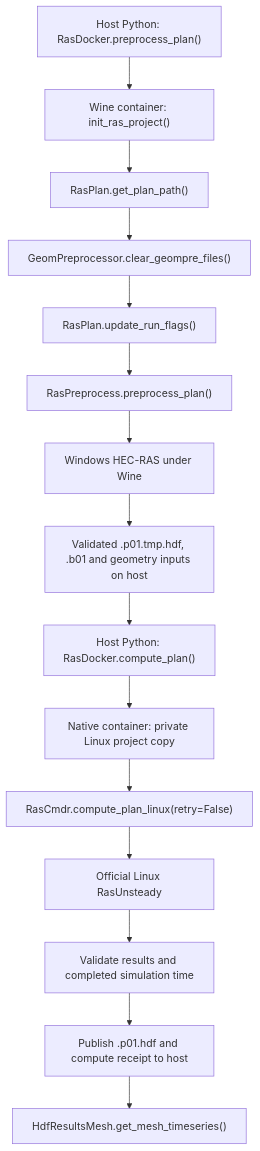
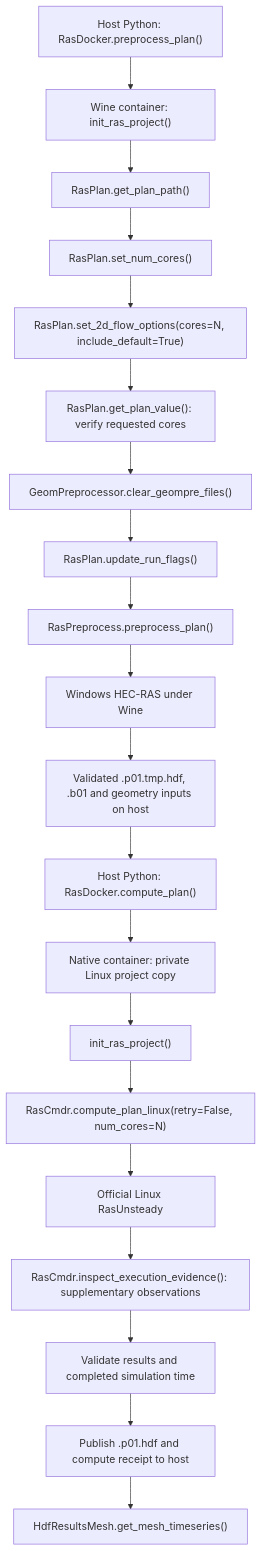
Before and after one commit to gpt-cmdr/ras-commander: the diagram in docs/user-guide/container-execution.md, drawn with Mermaid. The commit also changed other lines of this file and 2 other files, not shown here.

Commit message:
Document container API calls and support notebook image overrides

````diff
--- a/docs/user-guide/container-execution.md
+++ b/docs/user-guide/container-execution.md
@@ -281,17 +284,22 @@
 ```mermaid
 flowchart TD
     P["Host Python: RasDocker.preprocess_plan()"] --> W["Wine container: init_ras_project()"]
     W --> G["RasPlan.get_plan_path()"]
-    G --> C["GeomPreprocessor.clear_geompre_files()"]
+    G --> CPU["RasPlan.set_num_cores()"]
+    CPU --> CPU2D["RasPlan.set_2d_flow_options(cores=N, include_default=True)"]
+    CPU2D --> CHECK["RasPlan.get_plan_value(): verify requested cores"]
+    CHECK --> C["GeomPreprocessor.clear_geompre_files()"]
     C --> F["RasPlan.update_run_flags()"]
     F --> PRE["RasPreprocess.preprocess_plan()"]
     PRE --> H["Windows HEC-RAS under Wine"]
     H --> T["Validated .p01.tmp.hdf, .b01 and geometry inputs on host"]
     T --> D["Host Python: RasDocker.compute_plan()"]
     D --> S["Native container: private Linux project copy"]
-    S --> N["RasCmdr.compute_plan_linux(retry=False)"]
+    S --> INIT["init_ras_project()"]
+    INIT --> N["RasCmdr.compute_plan_linux(retry=False, num_cores=N)"]
     N --> R["Official Linux RasUnsteady"]
-    R --> V["Validate results and completed simulation time"]
+    R --> E["RasCmdr.inspect_execution_evidence(): supplementary observations"]
+    E --> V["Validate results and completed simulation time"]
     V --> O["Publish .p01.hdf and compute receipt to host"]
     O --> Q["HdfResultsMesh.get_mesh_timeseries()"]
 ```
````
